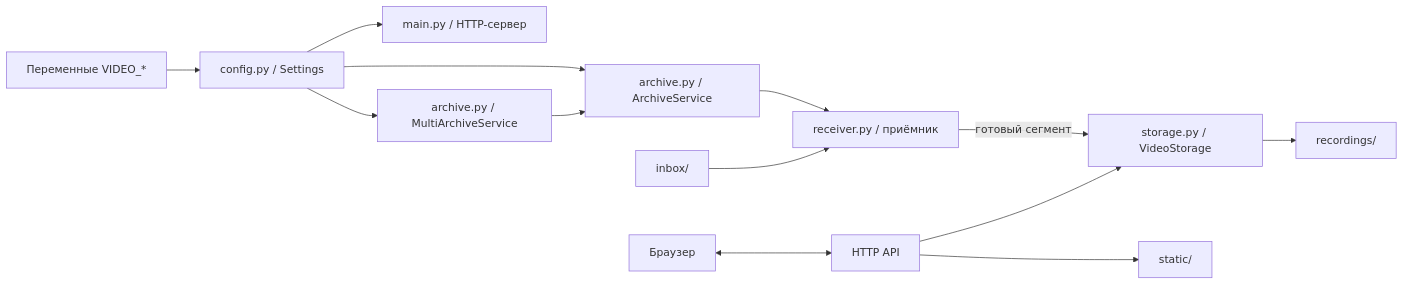
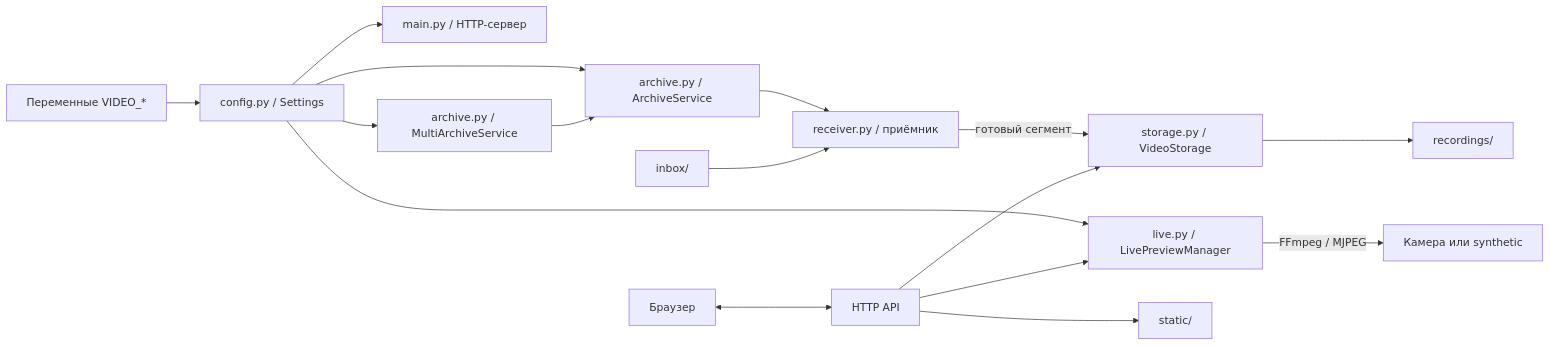
One commit to gavrushaaa/video-archive-service changed the first of 3 diagrams in docs/architecture.md. Above: the diagram before and after it, drawn with Mermaid. The commit also changed other lines of this file and 12 other files, not shown here.

Commit message:
feat: add browser live camera preview

````diff
--- a/docs/architecture.md
+++ b/docs/architecture.md
@@ -7,15 +7,18 @@
 ```mermaid
 flowchart LR
   ENV[Переменные VIDEO_*] --> CFG[config.py / Settings]
   CFG --> RUN[main.py / HTTP-сервер]
   CFG --> ARC[archive.py / ArchiveService]
   CFG --> MULTI[archive.py / MultiArchiveService]
+  CFG --> LIVE[live.py / LivePreviewManager]
   MULTI --> ARC
   ARC --> RX[receiver.py / приёмник]
   RX -->|готовый сегмент| STORE[storage.py / VideoStorage]
   INBOX[inbox/] --> RX
   STORE --> REC[recordings/]
   HTTP[Браузер] <--> WEB[HTTP API]
   WEB --> STORE
+  WEB --> LIVE
+  LIVE -->|FFmpeg / MJPEG| CAM[Камера или synthetic]
   WEB --> STATIC[static/]
 ```
````
